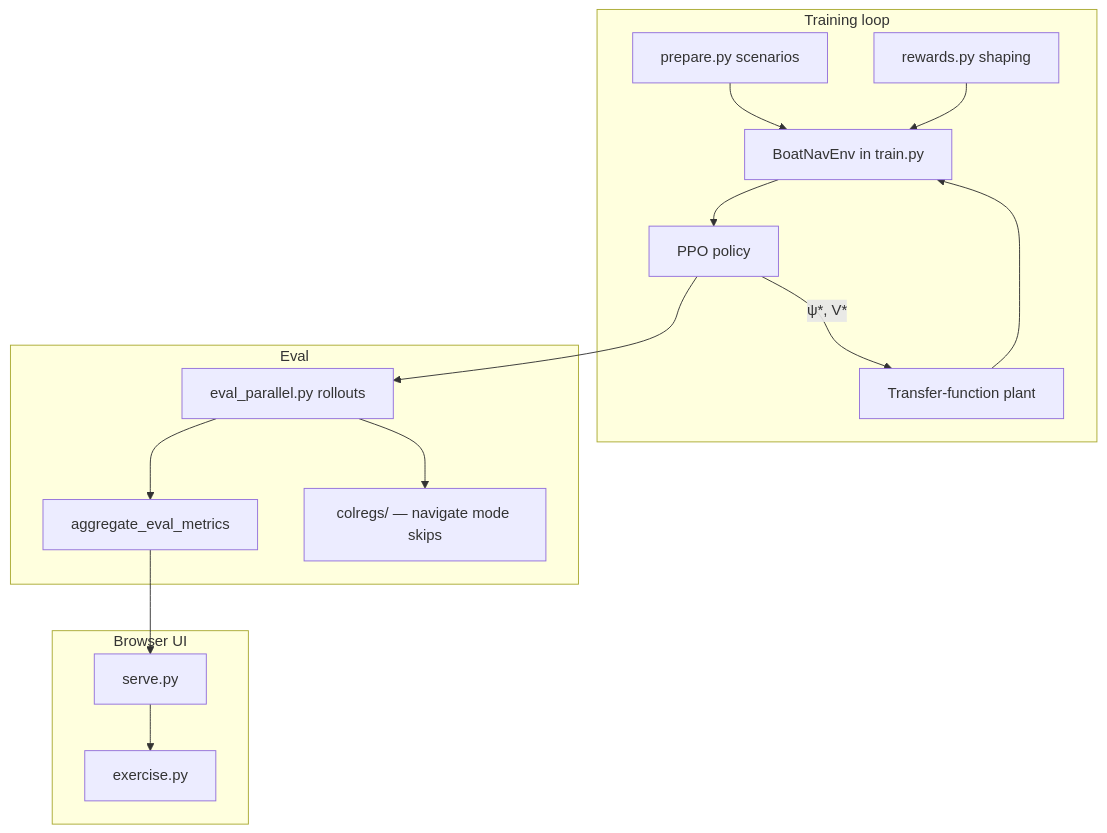
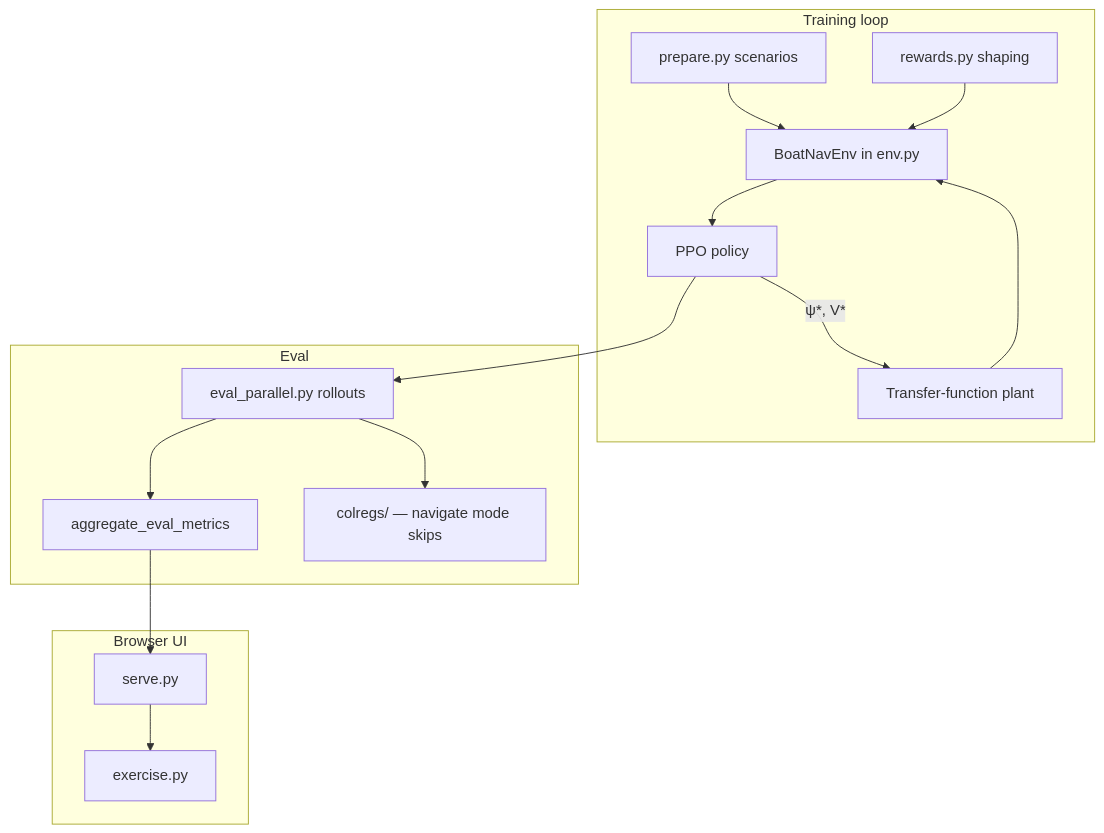
Before and after one commit to lizizatt/scratch: the diagram in boat_nav_rl/README.md, drawn with Mermaid. The commit also changed other lines of this file and 10 other files, not shown here.

````diff
--- a/boat_nav_rl/README.md
+++ b/boat_nav_rl/README.md
@@ -35,32 +35,32 @@
 ```mermaid
 flowchart TB
   subgraph train_loop [Training loop]
     SEEDS[prepare.py scenarios]
-    ENV[BoatNavEnv in train.py]
+    ENV[BoatNavEnv in env.py]
     PPO[PPO policy]
     PLANT[Transfer-function plant]
     RWD[rewards.py shaping]
     SEEDS --> ENV
     ENV --> PPO
     PPO -->|ψ*, V*| PLANT
     PLANT --> ENV
     RWD --> ENV
   end
 
   subgraph eval [Eval]
     ROLL[eval_parallel.py rollouts]
     MET[aggregate_eval_metrics]
     COL[colregs/ — navigate mode skips]
     PPO --> ROLL
     ROLL --> MET
     ROLL --> COL
   end
 
   subgraph viz [Browser UI]
     SRV[serve.py]
     EX[exercise.py]
     SRV --> EX
   end
 
   MET --> SRV
 ```
````
